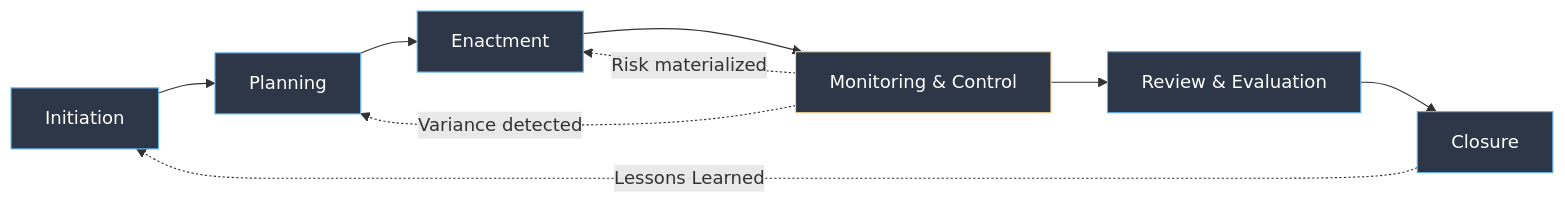
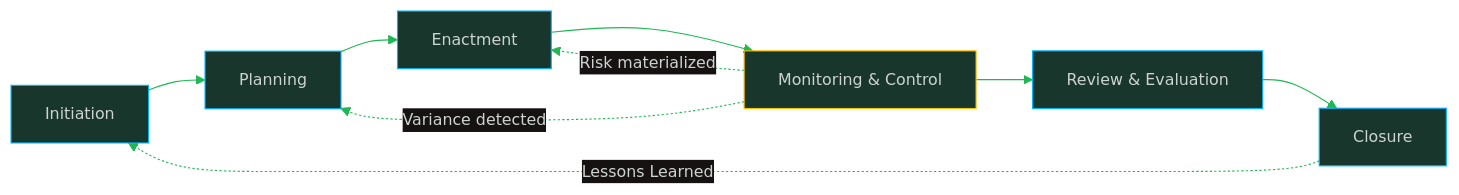
The third of 3 diagrams in software-engineering-note/09_Software_Engineering_Management/08_Risk_Management_and_Control.md (oat431/swe-knowledge), drawn with Mermaid before and after one commit. The commit also changed other lines of this file and 11 other files, not shown here.

````diff
--- a/software-engineering-note/09_Software_Engineering_Management/08_Risk_Management_and_Control.md
+++ b/software-engineering-note/09_Software_Engineering_Management/08_Risk_Management_and_Control.md
@@ -531,19 +535,20 @@
 ```mermaid
+%%{init: {'theme':'base','themeVariables':{'primaryColor':'#19362D','primaryTextColor':'#CDD3D1','primaryBorderColor':'#1FB854','lineColor':'#1FB854','secondaryColor':'#161212','tertiaryColor':'#1B1717','background':'#1B1717','mainBkg':'#19362D','nodeBorder':'#1FB854','clusterBkg':'#161212','clusterBorder':'#19362D','titleColor':'#1FB854','edgeLabelBackground':'#161212','fontSize':'14px'}}}%%
 graph LR
     A[Initiation] --> B[Planning]
     B --> C[Enactment]
     C --> D[Monitoring & Control]
     D --> E[Review & Evaluation]
     E --> F[Closure]
     F -.->|Lessons Learned| A
 
     D -.->|Variance detected| B
     D -.->|Risk materialized| C
 
-    style A fill:#2d3748,stroke:#63b3ed,color:#fff
-    style B fill:#2d3748,stroke:#63b3ed,color:#fff
-    style C fill:#2d3748,stroke:#63b3ed,color:#fff
-    style D fill:#2d3748,stroke:#fbd38d,color:#fff
-    style E fill:#2d3748,stroke:#63b3ed,color:#fff
-    style F fill:#2d3748,stroke:#63b3ed,color:#fff
+    style A fill:#19362D,stroke:#00B5FF,color:#CDD3D1
+    style B fill:#19362D,stroke:#00B5FF,color:#CDD3D1
+    style C fill:#19362D,stroke:#00B5FF,color:#CDD3D1
+    style D fill:#19362D,stroke:#FFBE00,color:#CDD3D1
+    style E fill:#19362D,stroke:#00B5FF,color:#CDD3D1
+    style F fill:#19362D,stroke:#00B5FF,color:#CDD3D1
 ```
````
